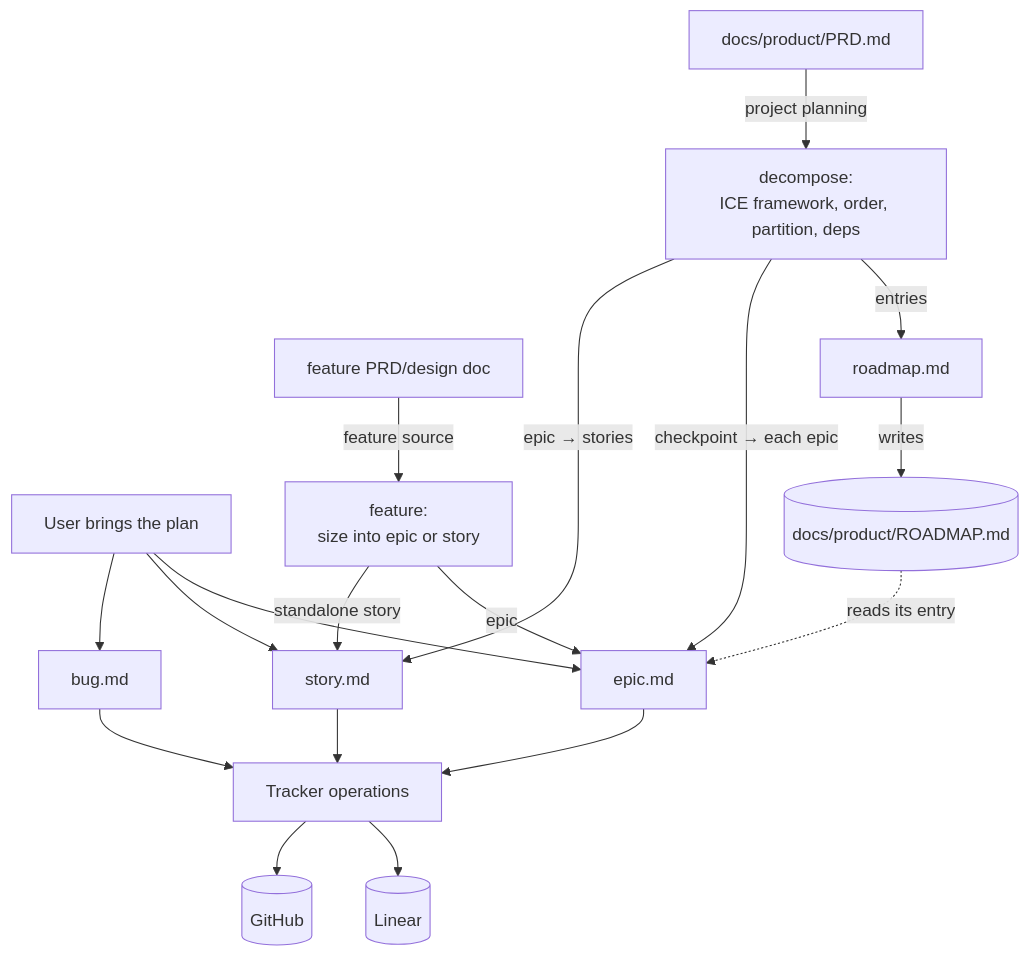
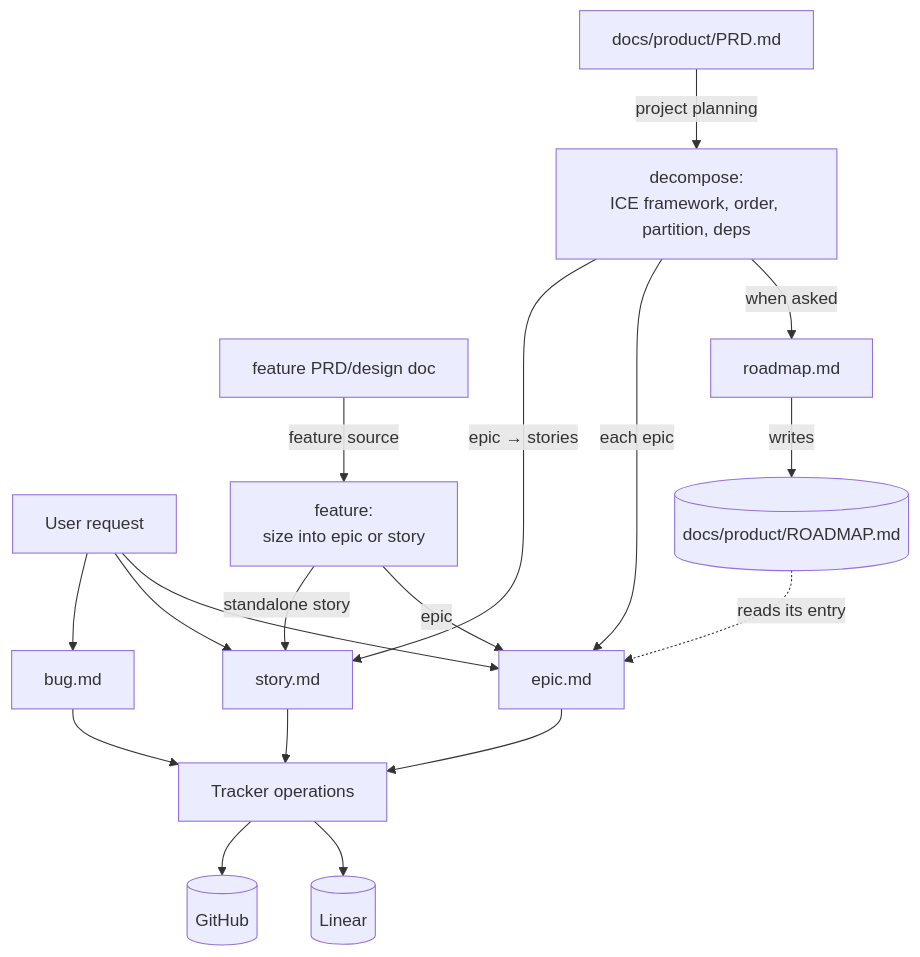
The diagram in skills/product/epic-tracker/README.md (adeonir/agent-skills), drawn with Mermaid before and after one commit. The commit also changed other lines of this file and 10 other files, not shown here.

Commit message:
feat(epic-tracker): make the roadmap file optional and cut epics by user outcome

````diff
--- a/skills/product/epic-tracker/README.md
+++ b/skills/product/epic-tracker/README.md
@@ -7,20 +7,20 @@
 ```mermaid
 flowchart TD
-    USER[User brings the plan] --> EP[epic.md]
+    USER[User request] --> EP[epic.md]
     USER --> STK[story.md]
     USER --> BG[bug.md]
     PRD[docs/product/PRD.md] -->|project planning| DEC[decompose:<br>ICE framework, order, partition, deps]
     FPRD[feature PRD/design doc] -->|feature source| FT[feature:<br>size into epic or story]
     FT -->|epic| EP
     FT -->|standalone story| STK
-    DEC -->|entries| RW[roadmap.md]
+    DEC -->|when asked| RW[roadmap.md]
     RW -->|writes| RM[(docs/product/ROADMAP.md)]
-    DEC -->|checkpoint → each epic| EP
+    DEC -->|each epic| EP
     RM -.reads its entry.-> EP
     DEC -->|epic → stories| STK
     EP --> SY[Tracker operations]
     STK --> SY
     BG --> SY
     SY --> LN[(Linear)]
     SY --> GH[(GitHub)]
 ```
````
